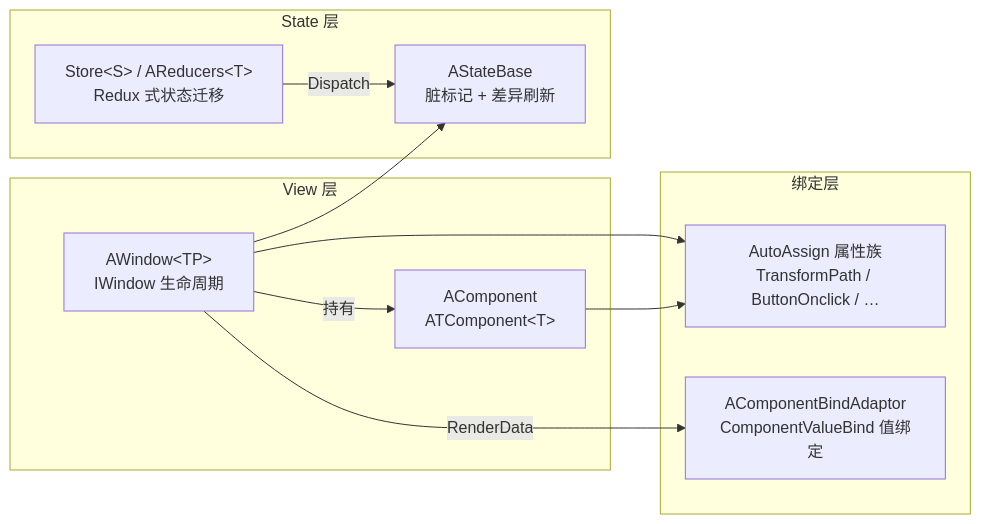
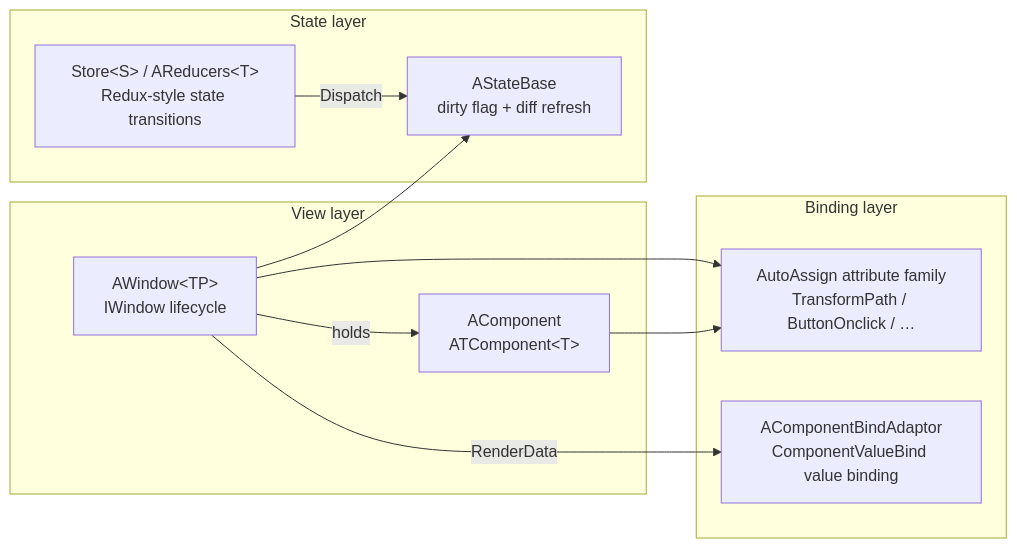
The diagram in docs/en/uflux/index.md (yimengfan/BDFramework.Core), drawn with Mermaid before and after one commit. The commit also changed 46 other files, not shown here.

First line of the commit message:
docs(en): 英文站全量翻译 54/54 + Mermaid 标签一致化

````diff
--- a/docs/en/uflux/index.md
+++ b/docs/en/uflux/index.md
@@ -7,24 +7,24 @@
 ```mermaid
 flowchart LR
-    subgraph VIEW["View 层"]
-        W["AWindow&lt;TP&gt;<br/>IWindow 生命周期"]
+    subgraph VIEW["View layer"]
+        W["AWindow&lt;TP&gt;<br/>IWindow lifecycle"]
         C["AComponent<br/>ATComponent&lt;T&gt;"]
     end
 
-    subgraph BIND["绑定层"]
-        AA["AutoAssign 属性族<br/>TransformPath / ButtonOnclick / …"]
-        CBA["AComponentBindAdaptor<br/>ComponentValueBind 值绑定"]
+    subgraph BIND["Binding layer"]
+        AA["AutoAssign attribute family<br/>TransformPath / ButtonOnclick / …"]
+        CBA["AComponentBindAdaptor<br/>ComponentValueBind value binding"]
     end
 
-    subgraph STATE["State 层"]
-        S["AStateBase<br/>脏标记 + 差异刷新"]
-        ST["Store&lt;S&gt; / AReducers&lt;T&gt;<br/>Redux 式状态迁移"]
+    subgraph STATE["State layer"]
+        S["AStateBase<br/>dirty flag + diff refresh"]
+        ST["Store&lt;S&gt; / AReducers&lt;T&gt;<br/>Redux-style state transitions"]
     end
 
-    W -->|持有| C
+    W -->|holds| C
     W --> AA
     C --> AA
     W -->|RenderData| CBA
     W --> S
     ST -->|Dispatch| S
 ```
````
